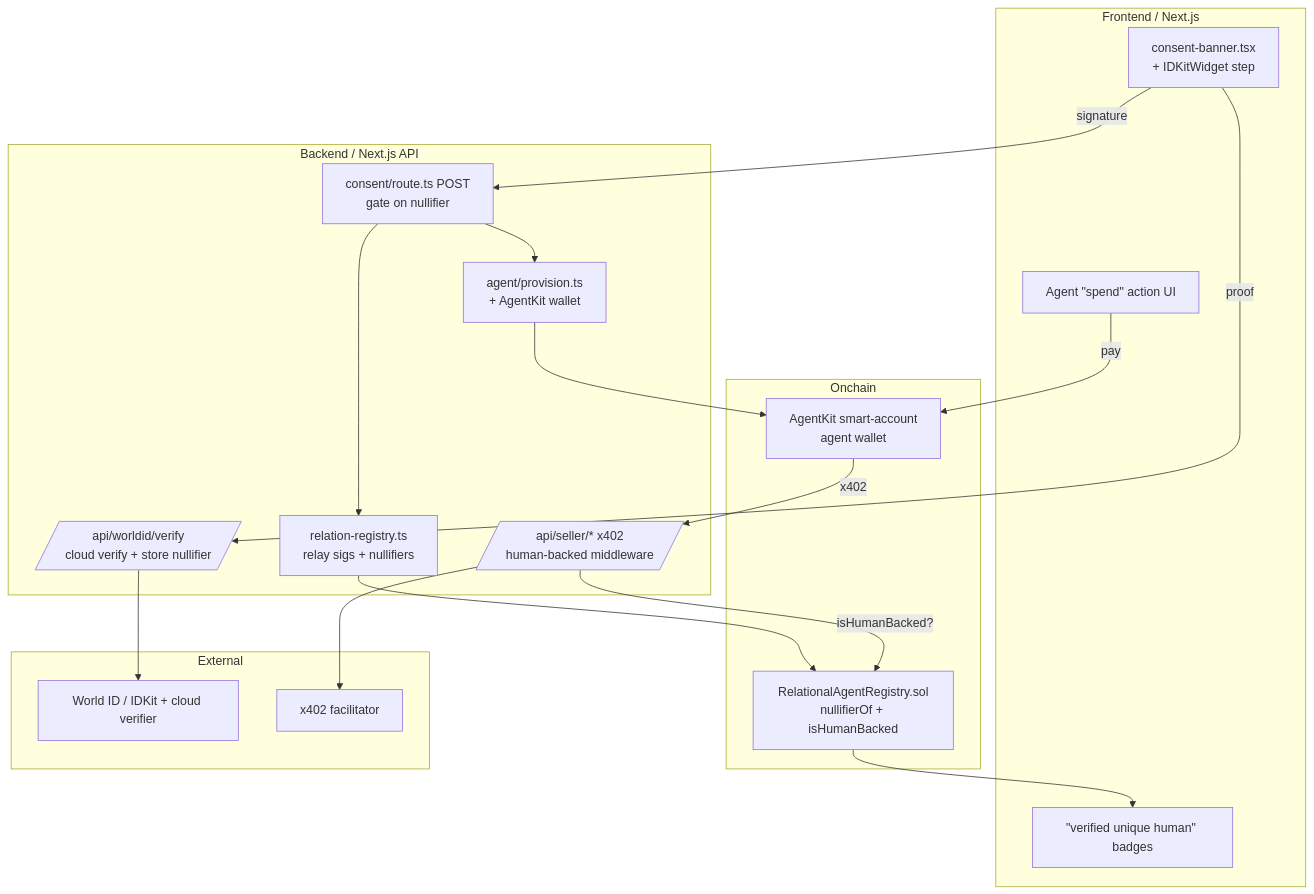
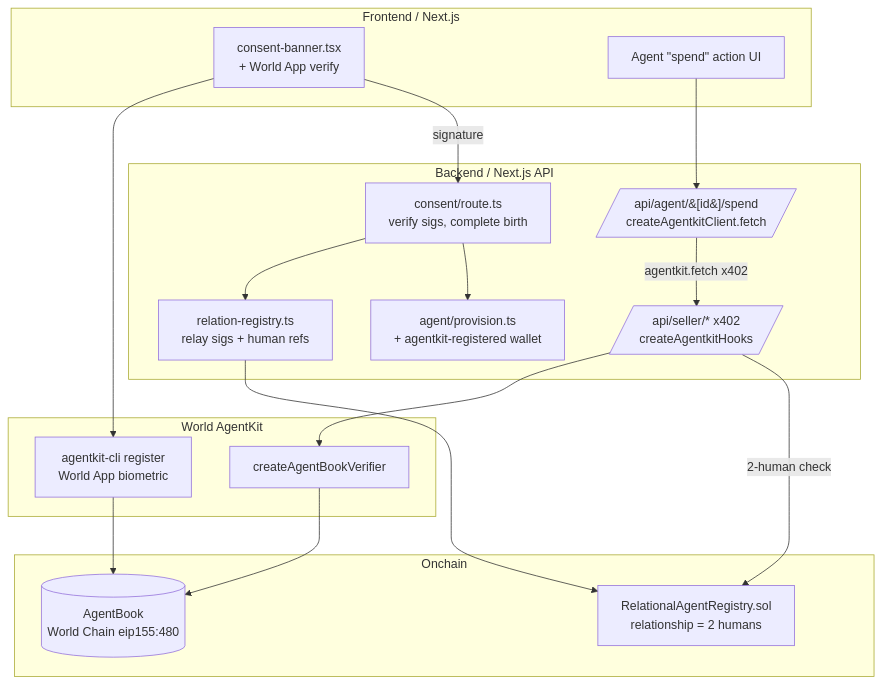
Before and after one commit to ainetwork-ai/relational-agents: the diagram in world/plan.md, drawn with Mermaid. The commit also changed other lines of this file and 8 other files, not shown here.

Commit message:
worldid/contracts: personhood attestations wired into consent (7/26 WIP snapshot)

````diff
--- a/world/plan.md
+++ b/world/plan.md
@@ -55,31 +87,29 @@
 ```mermaid
 flowchart TD
   subgraph FE[Frontend / Next.js]
-    CB[consent-banner.tsx<br/>+ IDKitWidget step]
+    CB[consent-banner.tsx<br/>+ World App verify]
     SPEND[Agent &quot;spend&quot; action UI]
-    BADGE[&quot;verified unique human&quot; badges]
   end
   subgraph BE[Backend / Next.js API]
-    WV[/api/worldid/verify<br/>cloud verify + store nullifier/]
-    CR[consent/route.ts POST<br/>gate on nullifier]
-    PROV[agent/provision.ts<br/>+ AgentKit wallet]
-    RELAY[relation-registry.ts<br/>relay sigs + nullifiers]
-    SELL[/api/seller/* x402<br/>human-backed middleware/]
+    CR[consent/route.ts<br/>verify sigs, complete birth]
+    PROV[agent/provision.ts<br/>+ agentkit-registered wallet]
+    RELAY[relation-registry.ts<br/>relay sigs + human refs]
+    SPENDR[/api/agent/&#91;id&#93;/spend<br/>createAgentkitClient.fetch/]
+    SELL[/api/seller/* x402<br/>createAgentkitHooks/]
   end
   subgraph CHAIN[Onchain]
-    REG[RelationalAgentRegistry.sol<br/>nullifierOf + isHumanBacked]
-    AK[AgentKit smart-account<br/>agent wallet]
+    REG[RelationalAgentRegistry.sol<br/>relationship = 2 humans]
+    AB[(AgentBook<br/>World Chain eip155:480)]
   end
-  subgraph EXT[External]
-    WID[World ID / IDKit + cloud verifier]
-    X402F[x402 facilitator]
+  subgraph WORLD[World AgentKit]
+    CLI[agentkit-cli register<br/>World App biometric]
+    VER[createAgentBookVerifier]
   end
 
-  CB -->|proof| WV --> WID
+  CB --> CLI --> AB
   CB -->|signature| CR --> RELAY --> REG
-  CR --> PROV --> AK
-  SPEND -->|pay| AK -->|x402| SELL
-  SELL -->|isHumanBacked?| REG
-  SELL --> X402F
-  REG --> BADGE
+  CR --> PROV
+  SPEND --> SPENDR -->|agentkit.fetch x402| SELL
+  SELL --> VER --> AB
+  SELL -->|2-human check| REG
 ```
````
